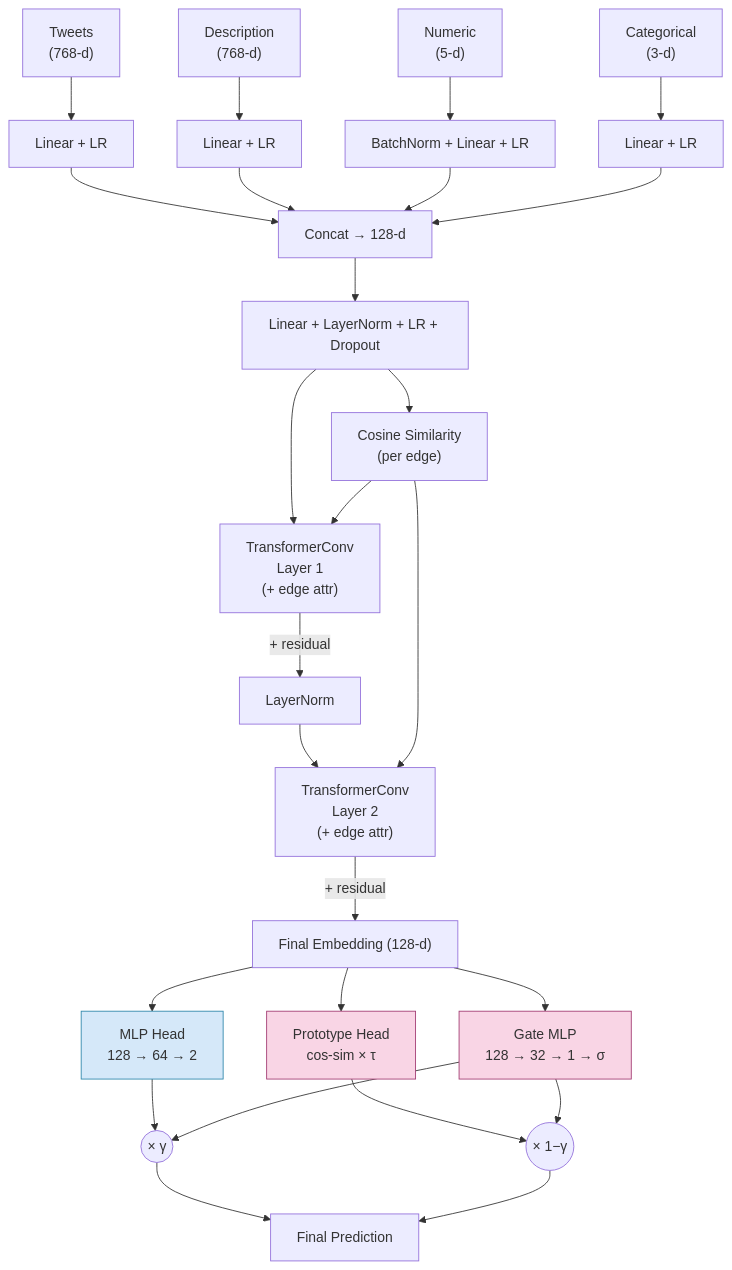
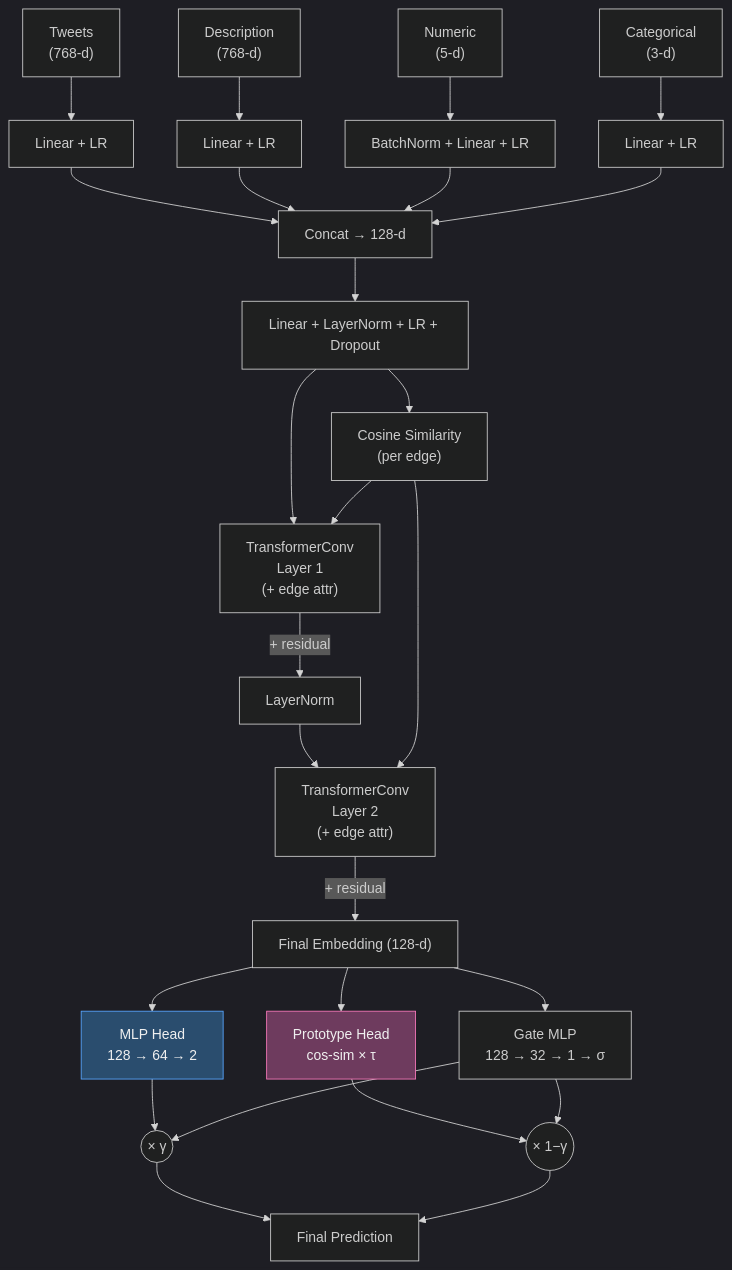
The first of 3 diagrams in WRITEUP.md (cxinu/twibot), drawn with Mermaid before and after one commit. The commit also changed other lines of this file and 19 other files, not shown here.

````diff
--- a/WRITEUP.md
+++ b/WRITEUP.md
@@ -133,40 +133,43 @@
 ```mermaid
+%%{init: {'theme': 'dark'}}%%
 flowchart TD
     T["Tweets\n(768-d)"] --> E_T["Linear + LR"]
     D["Description\n(768-d)"] --> E_D["Linear + LR"]
     N["Numeric\n(5-d)"] --> E_N["BatchNorm + Linear + LR"]
     C["Categorical\n(3-d)"] --> E_C["Linear + LR"]
 
     E_T --> CAT["Concat → 128-d"]
     E_D --> CAT
     E_N --> CAT
     E_C --> CAT
 
     CAT --> PROJ["Linear + LayerNorm + LR + Dropout"]
 
     PROJ --> EDGE["Cosine Similarity\n(per edge)"]
     PROJ --> CONV1["TransformerConv\nLayer 1\n(+ edge attr)"]
 
     EDGE --> CONV1
 
     CONV1 -->|"+ residual"| NORM["LayerNorm"]
     NORM --> CONV2["TransformerConv\nLayer 2\n(+ edge attr)"]
     EDGE --> CONV2
     CONV2 -->|"+ residual"| EMB["Final Embedding (128-d)"]
 
     EMB --> MLP["MLP Head\n128 → 64 → 2"]
     EMB --> PROTO["Prototype Head\ncos-sim × τ"]
     EMB --> GATE["Gate MLP\n128 → 32 → 1 → σ"]
 
-    MLP --> MIX((× γ))
-    PROTO --> MIX2((× 1−γ))
+    MLP --> MIX(("× γ"))
+    PROTO --> MIX2(("× 1−γ"))
     GATE --> MIX
     GATE --> MIX2
 
     MIX --> OUT["Final Prediction"]
     MIX2 --> OUT
 
-    style PROTO fill:#f9d5e5,stroke:#a23b72
-    style GATE  fill:#f9d5e5,stroke:#a23b72
-    style MLP   fill:#d5e8f9,stroke:#2e86ab
+    classDef pink fill:#6e3b5e,stroke:#f778ba,color:#f0f0f0
+    classDef blue fill:#2a4d6e,stroke:#58a6ff,color:#f0f0f0
+    classDef green fill:#3d5a3d,stroke:#7ee787,color:#f0f0f0
+    class PROTO,PROTO_HEAD pink
+    class MLP,MLP_HEAD blue
 ```
````
